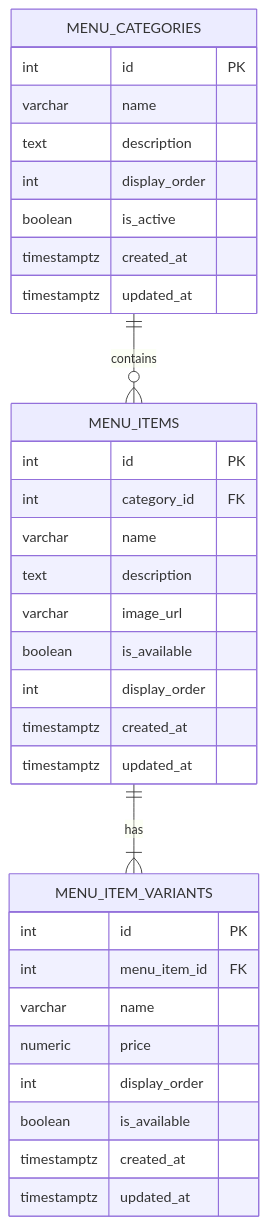
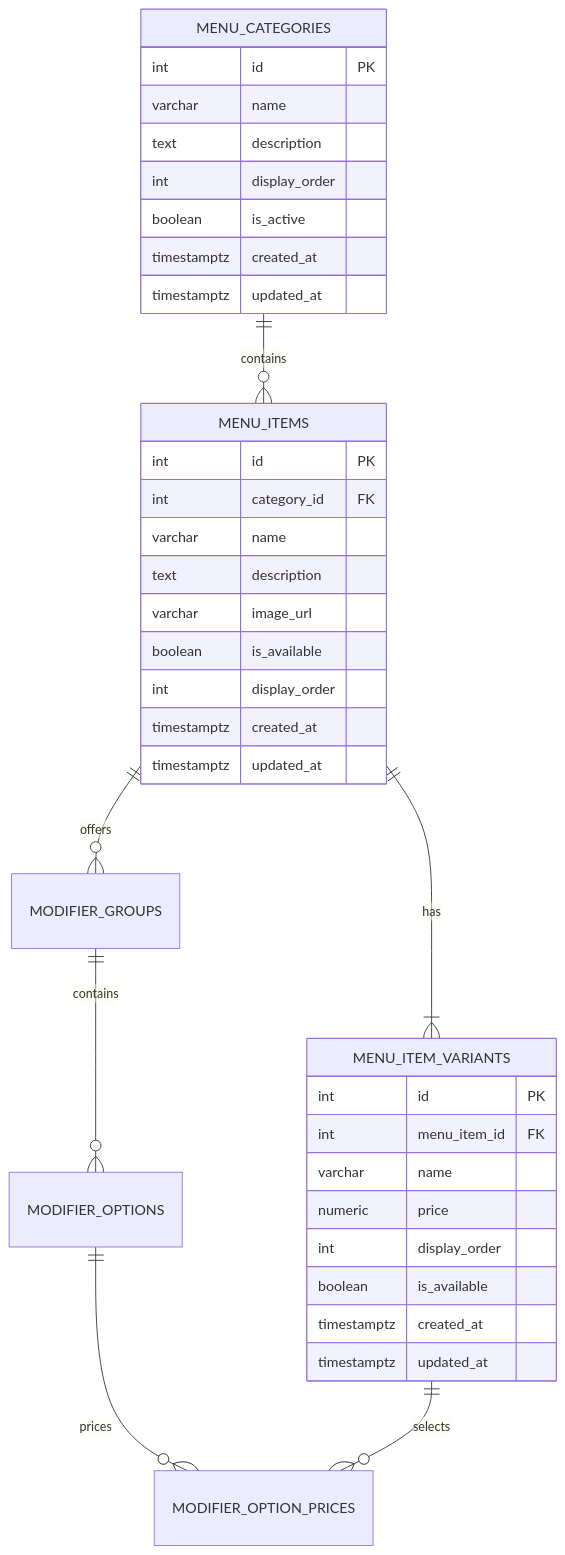
One commit to marcel04/georgios changed the diagram in docs/database/menu-schema.md. Above: the diagram before and after it, drawn with Mermaid. The commit also changed other lines of this file and 4 other files, not shown here.

Commit message:
GEO-20 create menu modifier models

````diff
--- a/docs/database/menu-schema.md
+++ b/docs/database/menu-schema.md
@@ -320,38 +351,42 @@
 ```mermaid
 erDiagram
     MENU_CATEGORIES ||--o{ MENU_ITEMS : contains
     MENU_ITEMS ||--|{ MENU_ITEM_VARIANTS : has
+    MENU_ITEMS ||--o{ MODIFIER_GROUPS : offers
+    MODIFIER_GROUPS ||--o{ MODIFIER_OPTIONS : contains
+    MODIFIER_OPTIONS ||--o{ MODIFIER_OPTION_PRICES : prices
+    MENU_ITEM_VARIANTS ||--o{ MODIFIER_OPTION_PRICES : selects
 
     MENU_CATEGORIES {
         int id PK
         varchar name
         text description
         int display_order
         boolean is_active
         timestamptz created_at
         timestamptz updated_at
     }
 
     MENU_ITEMS {
         int id PK
         int category_id FK
         varchar name
         text description
         varchar image_url
         boolean is_available
         int display_order
         timestamptz created_at
         timestamptz updated_at
     }
 
     MENU_ITEM_VARIANTS {
         int id PK
         int menu_item_id FK
         varchar name
         numeric price
         int display_order
         boolean is_available
         timestamptz created_at
         timestamptz updated_at
     }
 ```
````
